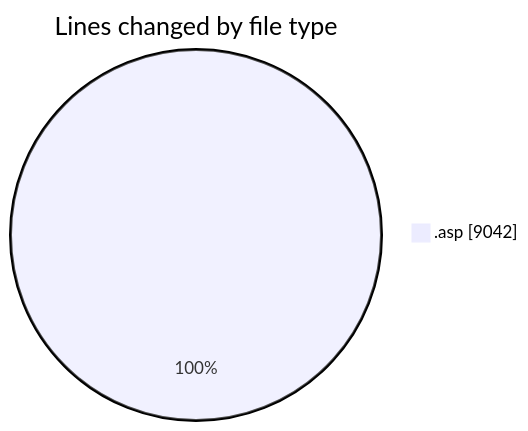
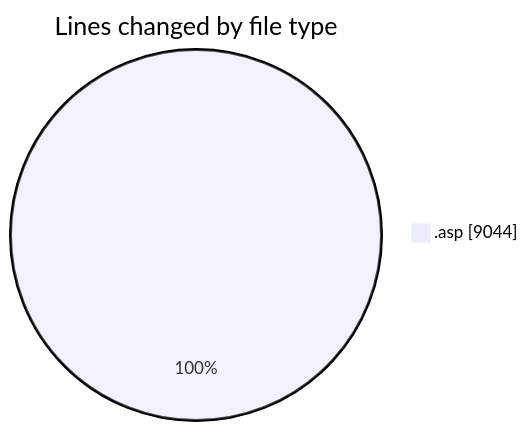
The first of 2 diagrams in 2025-11-27/cdp_aleoudev_fr__workspace_/README.md (julien-gomy/code-tracking), drawn with Mermaid before and after one commit. The commit also changed other lines of this file and 1 other file, not shown here.

````diff
--- a/2025-11-27/cdp_aleoudev_fr__workspace_/README.md
+++ b/2025-11-27/cdp_aleoudev_fr__workspace_/README.md
@@ -26,5 +26,5 @@
 ```mermaid
 pie showData
 title Lines changed by file type
-".asp" : 9042
+".asp" : 9044
 ```
````
